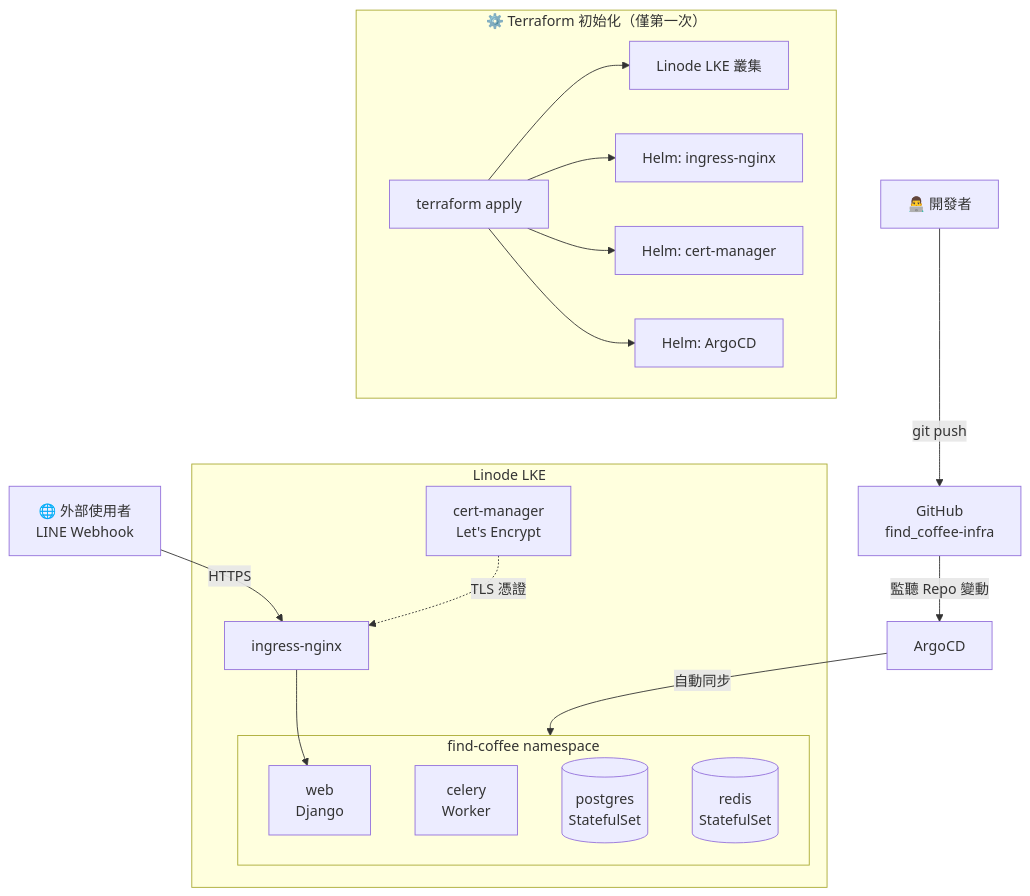
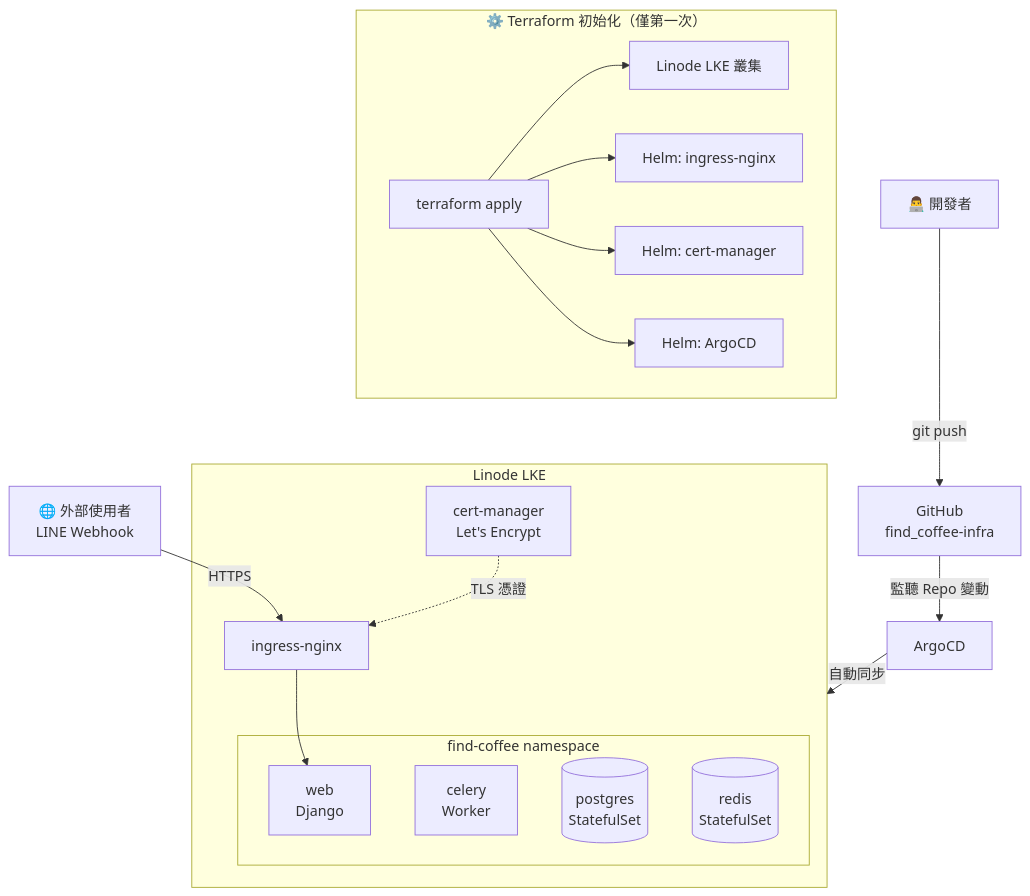
Before and after one commit to KK-Huang86/Find_Coffee-infra: the first of 3 diagrams in README.md, drawn with Mermaid. The commit also changed 1 other file, not shown here.

Commit message:
doc: adjust README

````diff
--- a/README.md
+++ b/README.md
@@ -17,31 +17,31 @@
 ```mermaid
 graph TB
     Dev[👨‍💻 開發者] -->|git push| GitHub[GitHub\nfind_coffee-infra]
 
     subgraph Terraform [⚙️ Terraform 初始化（僅第一次）]
         TF[terraform apply]
         TF --> LKE[Linode LKE 叢集]
         TF --> H1[Helm: ingress-nginx]
         TF --> H2[Helm: cert-manager]
         TF --> H3[Helm: ArgoCD]
     end
 
     GitHub -->|監聽 Repo 變動| ArgoCD[ArgoCD]
-    ArgoCD -->|自動同步| NS
+    ArgoCD -->|自動同步| Cluster
 
     subgraph Cluster [Linode LKE]
         subgraph NS [find-coffee namespace]
             Web[web\nDjango]
             Celery[celery\nWorker]
             PG[(postgres\nStatefulSet)]
             Redis[(redis\nStatefulSet)]
         end
 
         Nginx[ingress-nginx]
         Cert[cert-manager\nLet's Encrypt]
     end
 
     User[🌐 外部使用者\nLINE Webhook] -->|HTTPS| Nginx
     Nginx --> Web
     Cert -.->|TLS 憑證| Nginx
 ```
````
